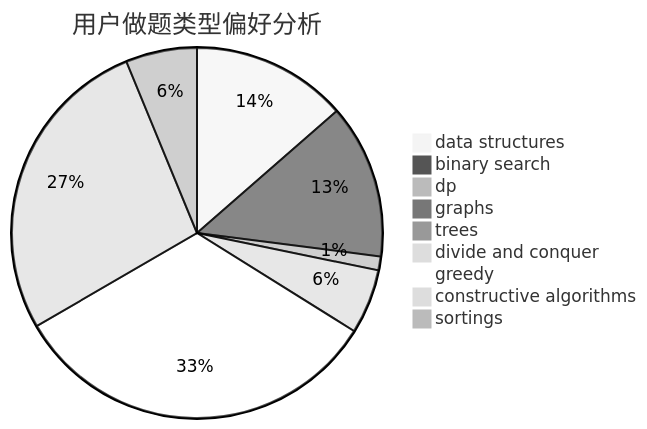
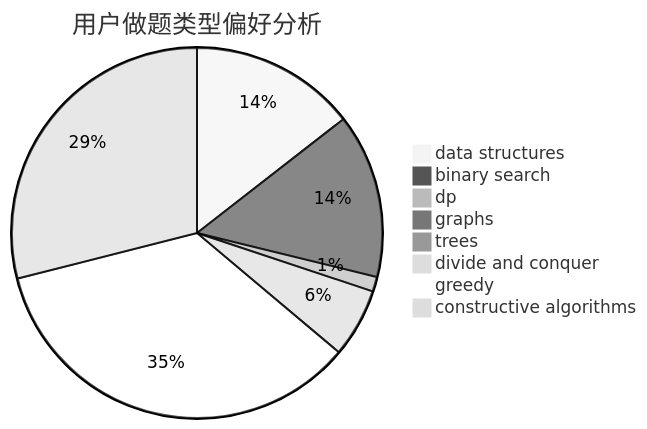
The second of 3 diagrams in docs/user/u937.md (sherpahu/cfrs.github.io), drawn with Mermaid (neutral theme) before and after one commit. The commit also changed other lines of this file and 2769 other files, not shown here.

````diff
--- a/docs/user/u937.md
+++ b/docs/user/u937.md
@@ -18,12 +18,11 @@
 ```mermaid
 pie title 用户做题类型偏好分析
     "data structures" :  214
     "binary search" :  212
     "dp" :  19
     "graphs" :  1
     "trees" :  3
     "divide and conquer" :  89
     "greedy" :  516
     "constructive algorithms" :  428
-    "sortings" :  98
 ```
````
